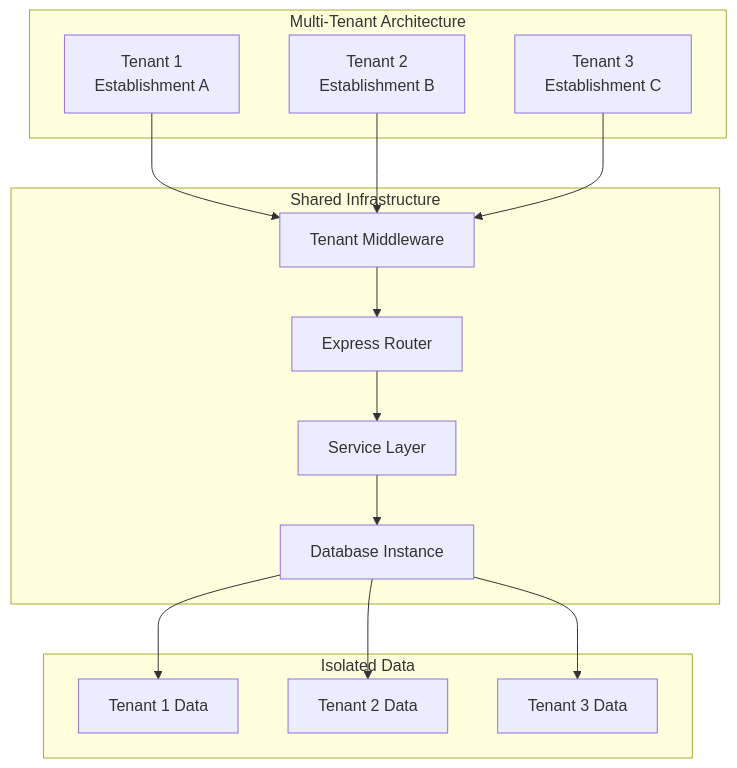
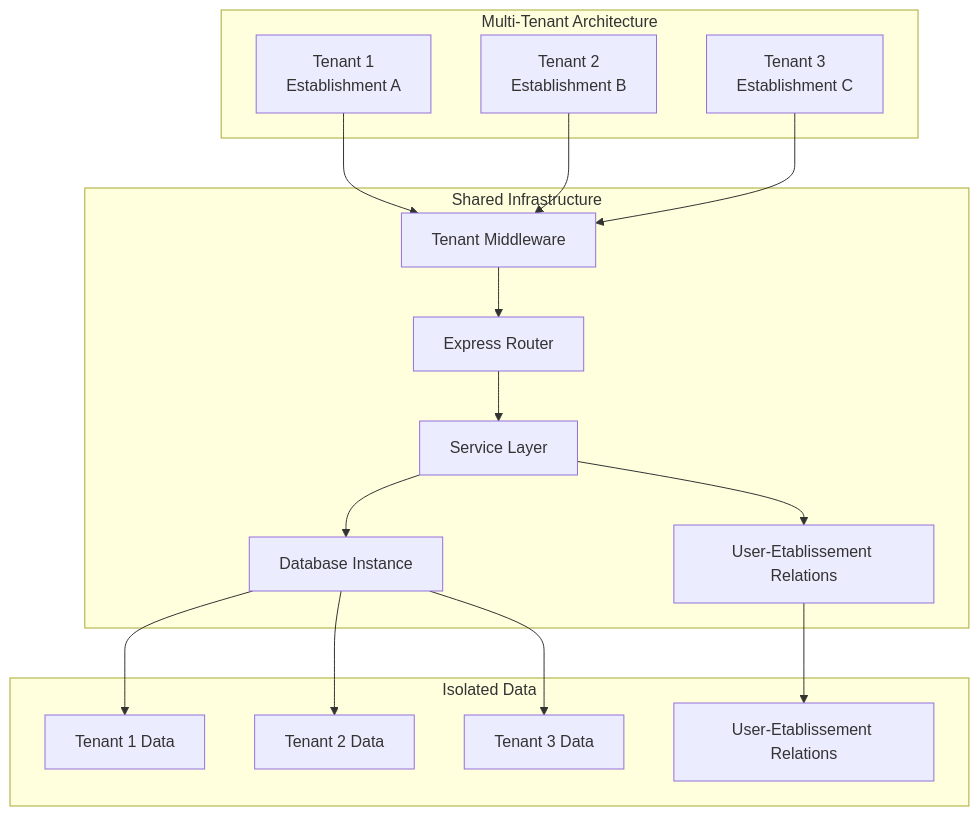
The first of 15 diagrams in .qoder/repowiki/en/content/Modules & Features/Administrative Modules/Establishment Management.md (franckylab/eLISAschool), drawn with Mermaid before and after one commit. The commit also changed other lines of this file and 75 other files, not shown here.

````diff
--- a/.qoder/repowiki/en/content/Modules & Features/Administrative Modules/Establishment Management.md
+++ b/.qoder/repowiki/en/content/Modules & Features/Administrative Modules/Establishment Management.md
@@ -51,28 +57,32 @@
 ```mermaid
 graph TB
 subgraph "Multi-Tenant Architecture"
 Tenant1["Tenant 1<br/>Establishment A"]
 Tenant2["Tenant 2<br/>Establishment B"]
 Tenant3["Tenant 3<br/>Establishment C"]
 end
 subgraph "Shared Infrastructure"
 Middleware["Tenant Middleware"]
 Router["Express Router"]
 ServiceLayer["Service Layer"]
 DB["Database Instance"]
+UserEtab["User-Etablissement Relations"]
 end
 subgraph "Isolated Data"
 Data1["Tenant 1 Data"]
 Data2["Tenant 2 Data"]
 Data3["Tenant 3 Data"]
+UserRelations["User-Etablissement Relations"]
 end
 Tenant1 --> Middleware
 Tenant2 --> Middleware
 Tenant3 --> Middleware
 Middleware --> Router
 Router --> ServiceLayer
 ServiceLayer --> DB
+ServiceLayer --> UserEtab
 DB --> Data1
 DB --> Data2
 DB --> Data3
+UserEtab --> UserRelations
 ```
````
